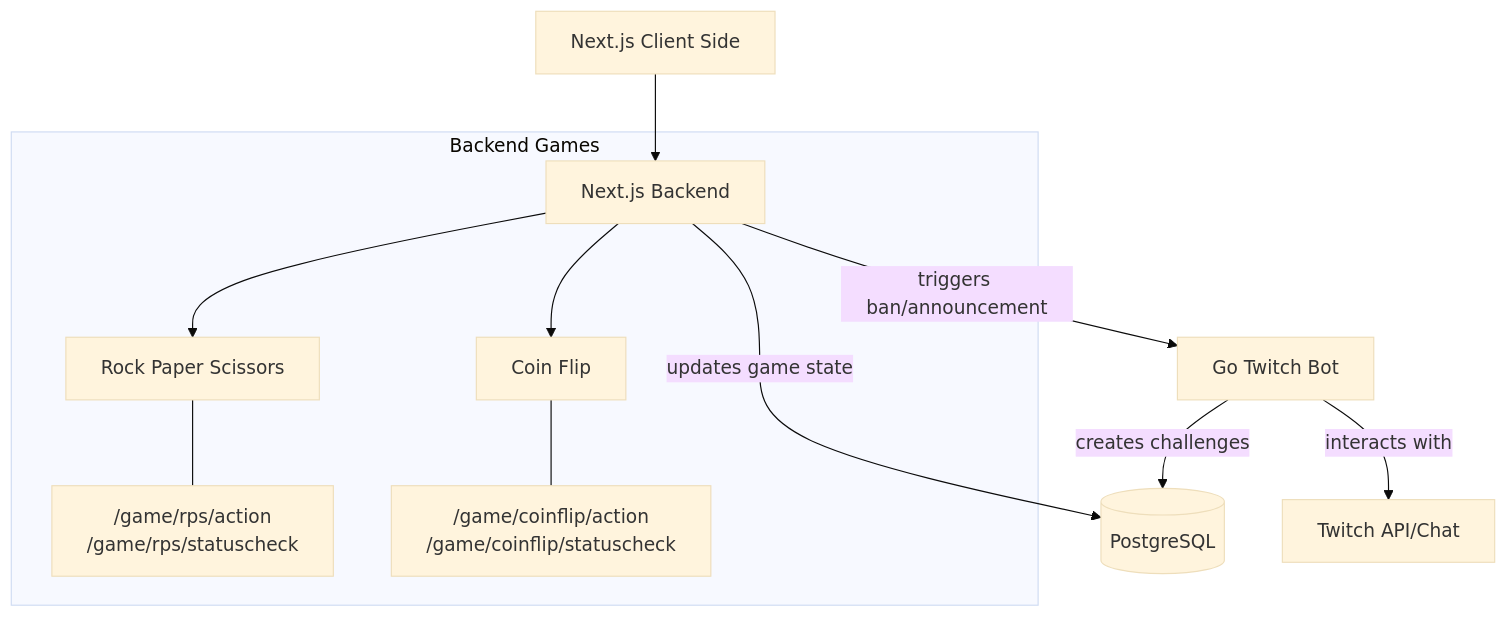
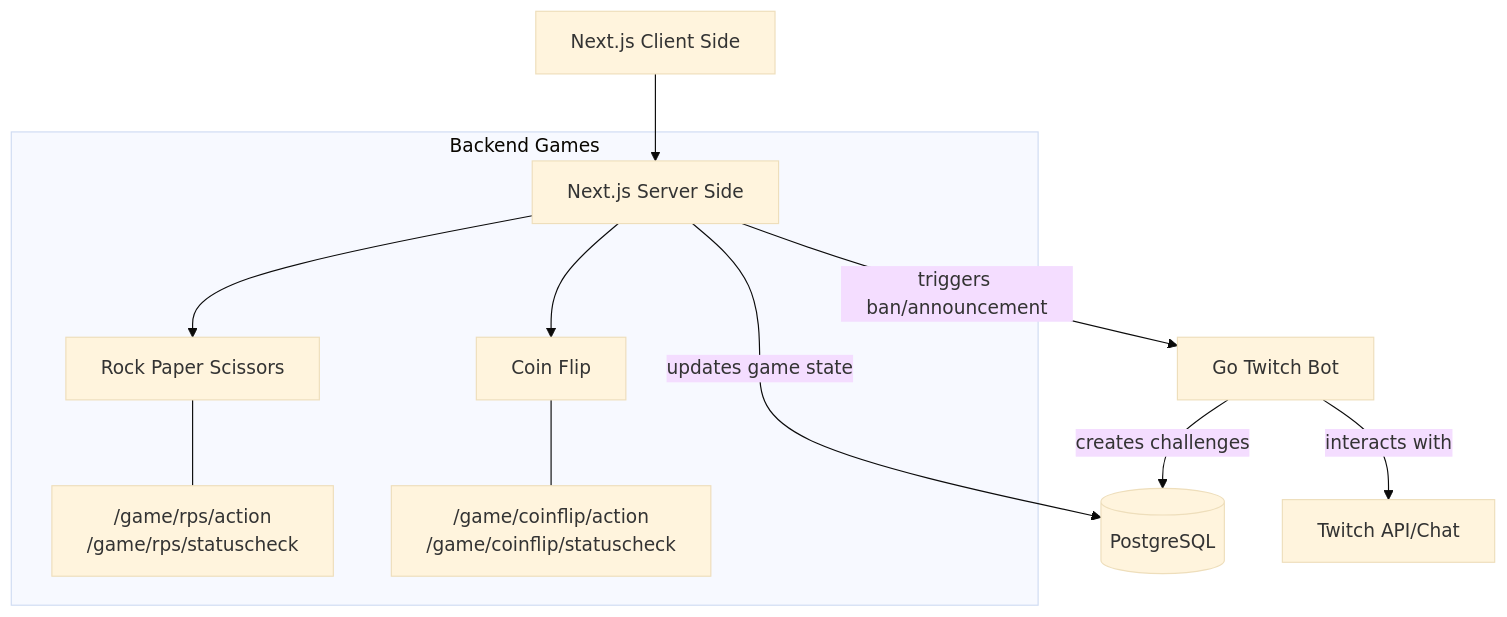
The diagram in docs/diagrams/project-overview.mmd (NColondres/ripBozo), drawn with Mermaid (base theme) before and after one commit. The commit also changed 2 other files, not shown here.

```diff
--- a/docs/diagrams/project-overview.mmd
+++ b/docs/diagrams/project-overview.mmd
@@ -1,15 +1,15 @@
 graph TD
-    C[Next.js Client Side] --> S[Next.js Backend]
+    C[Next.js Client Side] --> S[Next.js Server Side]
 
     subgraph Games [Backend Games]
         S --> RPS[Rock Paper Scissors]
         S --> CF[Coin Flip]
         RPS --- RPS_EP["/game/rps/action<br/>/game/rps/statuscheck"]
         CF --- CF_EP["/game/coinflip/action<br/>/game/coinflip/statuscheck"]
     end
 
     S -- "updates game state" --> DB[(PostgreSQL)]
     S -- "triggers ban/announcement" --> B[Go Twitch Bot]
 
     B -- "creates challenges" --> DB
     B -- "interacts with" --> T[Twitch API/Chat]
```
